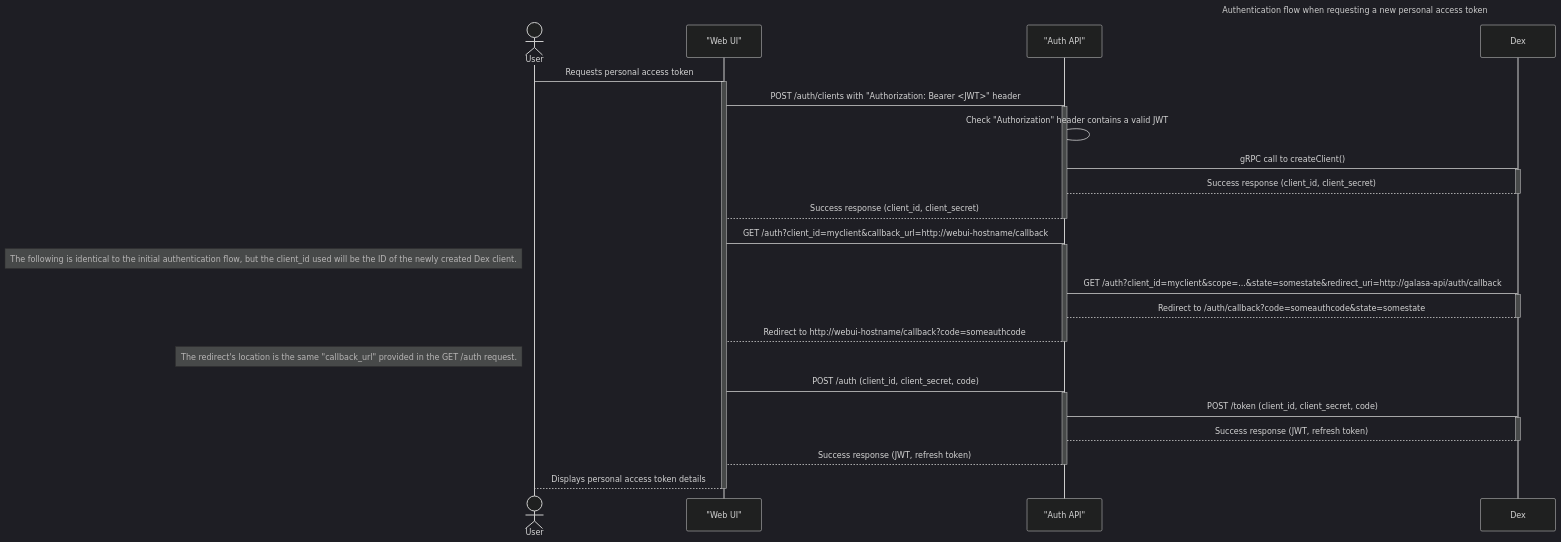
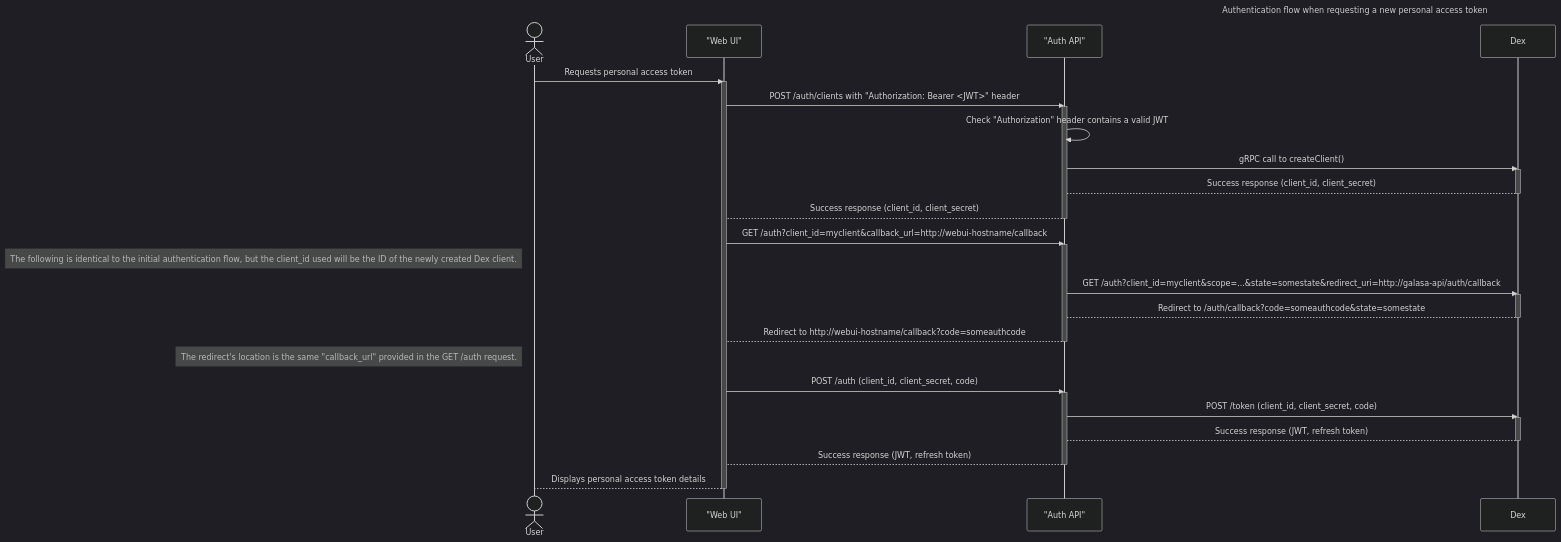
One commit to jadecarino/galasa changed the second of 7 diagrams in modules/framework/docs/design/authentication-design.md. Above: the diagram before and after it, drawn with Mermaid (dark theme). The commit also changed other lines of this file, not shown here.

Commit message:
minor design doc corrections

````diff
--- a/modules/framework/docs/design/authentication-design.md
+++ b/modules/framework/docs/design/authentication-design.md
@@ -47,47 +47,47 @@
 ```mermaid
 sequenceDiagram
 
     title Authentication flow when requesting a new personal access token
 
     actor User
     participant WebUI as "Web UI"
     participant AuthAPI as "Auth API"
     participant Dex
 
-    User -> WebUI: Requests personal access token
+    User ->> WebUI: Requests personal access token
     activate WebUI
 
-    WebUI -> AuthAPI: POST /auth/clients with "Authorization: Bearer <JWT>" header
+    WebUI ->> AuthAPI: POST /auth/clients with "Authorization: Bearer <JWT>" header
     activate AuthAPI
-    AuthAPI -> AuthAPI: Check "Authorization" header contains a valid JWT
-    AuthAPI -> Dex: gRPC call to createClient()
+    AuthAPI ->> AuthAPI: Check "Authorization" header contains a valid JWT
+    AuthAPI ->> Dex: gRPC call to createClient()
     activate Dex
     Dex --> AuthAPI: Success response (client_id, client_secret)
     deactivate Dex
     AuthAPI --> WebUI: Success response (client_id, client_secret)
     deactivate AuthAPI
 
-    WebUI -> AuthAPI: GET /auth?client_id=myclient&callback_url=http://webui-hostname/callback
+    WebUI ->> AuthAPI: GET /auth?client_id=myclient&callback_url=http://webui-hostname/callback
     activate AuthAPI
     note left of User : The following is identical to the initial authentication flow, but the client_id used will be the ID of the newly created Dex client.
 
-    AuthAPI -> Dex: GET /auth?client_id=myclient&scope=...&state=somestate&redirect_uri=http://galasa-api/auth/callback
+    AuthAPI ->> Dex: GET /auth?client_id=myclient&scope=...&state=somestate&redirect_uri=http://galasa-api/auth/callback
     activate Dex
     Dex --> AuthAPI: Redirect to /auth/callback?code=someauthcode&state=somestate
     deactivate Dex
     AuthAPI --> WebUI: Redirect to http://webui-hostname/callback?code=someauthcode
     deactivate AuthAPI
     note left of User : The redirect's location is the same "callback_url" provided in the GET /auth request.
 
-    WebUI -> AuthAPI: POST /auth (client_id, client_secret, code)
+    WebUI ->> AuthAPI: POST /auth (client_id, client_secret, code)
     activate AuthAPI
-    AuthAPI -> Dex: POST /token (client_id, client_secret, code)
+    AuthAPI ->> Dex: POST /token (client_id, client_secret, code)
     activate Dex
     Dex --> AuthAPI: Success response (JWT, refresh token)
     deactivate Dex
     AuthAPI --> WebUI: Success response (JWT, refresh token)
     deactivate AuthAPI
 
     WebUI --> User: Displays personal access token details
     deactivate WebUI
 ```
````
